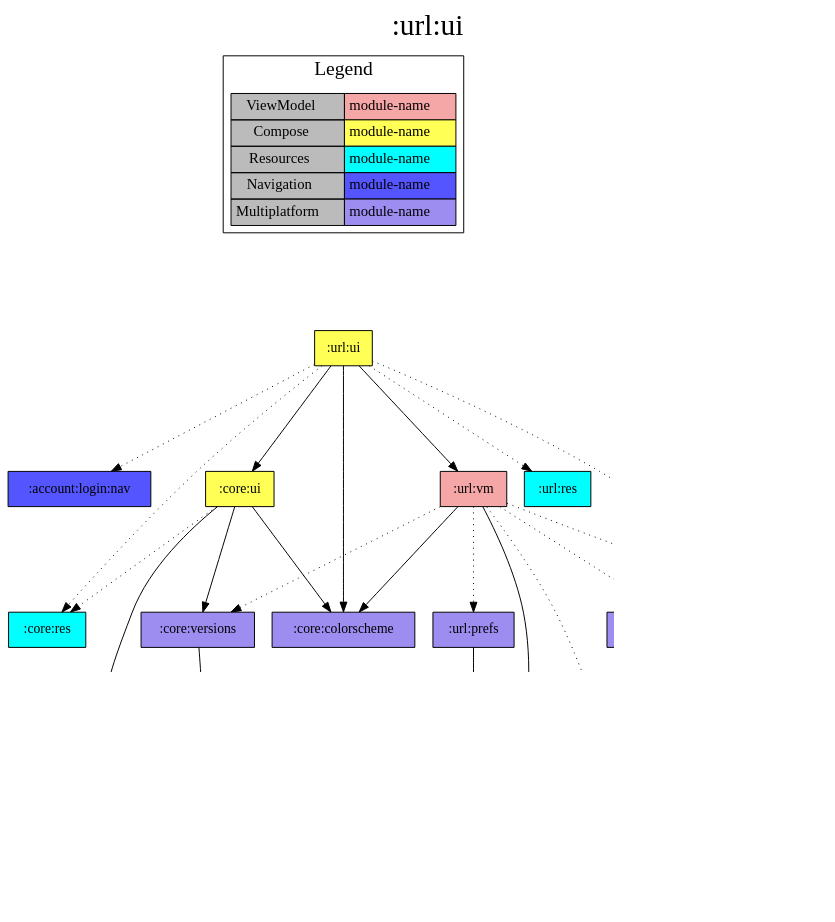
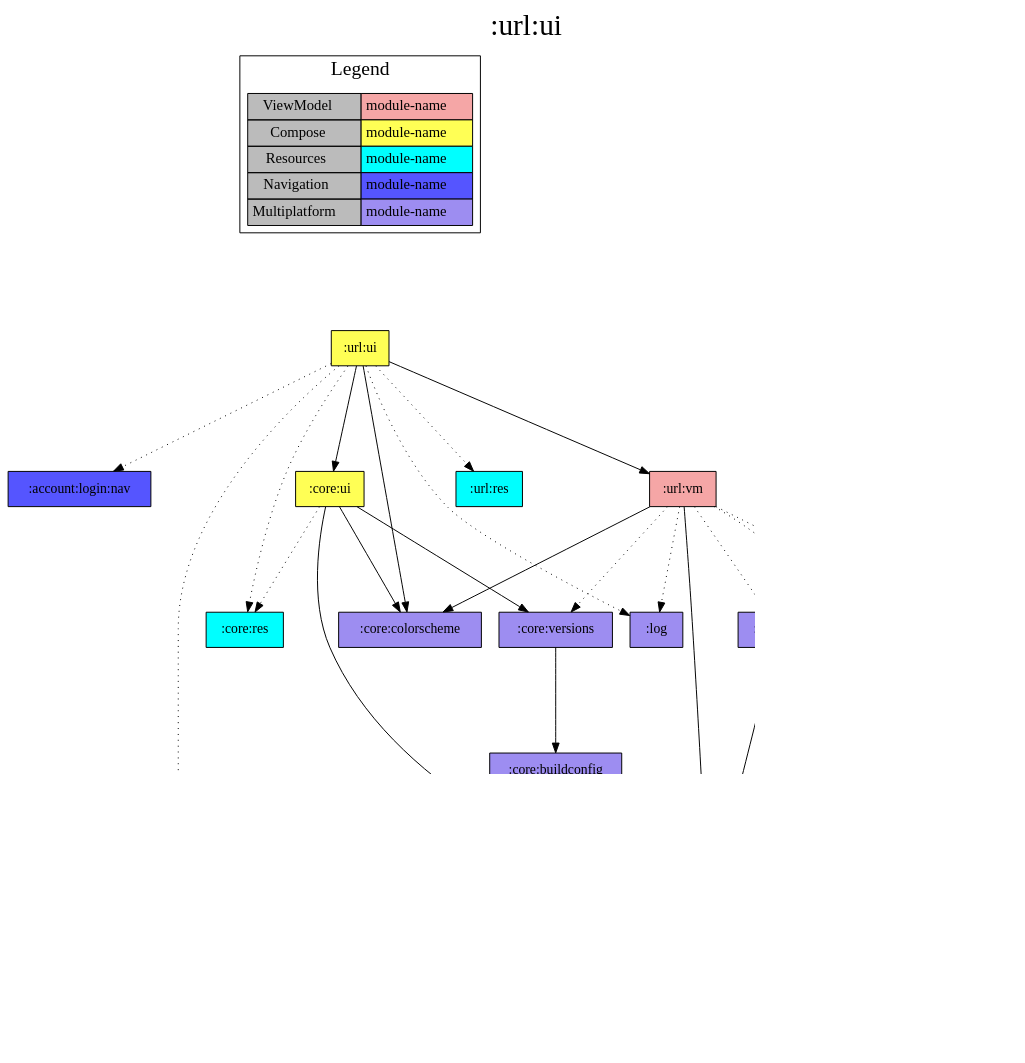
Before and after one commit to jonapoul/aktual: the diagram in modules/url/ui/project-dependency-graph.dot, drawn with Graphviz. The commit also changed 270 other files, not shown here.

```diff
--- a/modules/url/ui/project-dependency-graph.dot
+++ b/modules/url/ui/project-dependency-graph.dot
@@ -1,63 +1,66 @@
 digraph {
 edge ["dir"="forward"]
 graph ["dpi"="100","label"=":url:ui","labelloc"="t","fontsize"="30","ranksep"="1.5","rankdir"="TB"]
 node ["style"="filled"]
 ":account:login:domain" ["fillcolor"="#9D8DF1","shape"="box"]
 ":account:login:nav" ["fillcolor"="#5555FF","shape"="box"]
 ":account:model" ["fillcolor"="#9D8DF1","shape"="box"]
 ":api:actual" ["fillcolor"="#9D8DF1","shape"="box"]
 ":budget:model" ["fillcolor"="#9D8DF1","shape"="box"]
 ":core:buildconfig" ["fillcolor"="#9D8DF1","shape"="box"]
 ":core:colorscheme" ["fillcolor"="#9D8DF1","shape"="box"]
+":core:model" ["fillcolor"="#9D8DF1","shape"="box"]
 ":core:res" ["fillcolor"="#00FFFF","shape"="box"]
 ":core:ui" ["fillcolor"="#FFFF55","shape"="box"]
 ":core:versions" ["fillcolor"="#9D8DF1","shape"="box"]
 ":log" ["fillcolor"="#9D8DF1","shape"="box"]
 ":url:model" ["fillcolor"="#9D8DF1","shape"="box"]
 ":url:prefs" ["fillcolor"="#9D8DF1","shape"="box"]
 ":url:res" ["fillcolor"="#00FFFF","shape"="box"]
 ":url:ui" ["fillcolor"="#FFFF55","shape"="box"]
 ":url:vm" ["fillcolor"="#F5A6A6","shape"="box"]
 {
 edge ["dir"="none"]
 graph ["rank"="same"]
 }
 ":account:login:domain" -> ":account:model"
 ":account:login:domain" -> ":api:actual" ["style"="dotted"]
 ":api:actual" -> ":account:model"
 ":api:actual" -> ":budget:model"
 ":api:actual" -> ":url:model"
 ":core:ui" -> ":core:colorscheme"
 ":core:ui" -> ":core:res" ["style"="dotted"]
 ":core:ui" -> ":core:versions"
 ":core:ui" -> ":url:model"
 ":core:versions" -> ":core:buildconfig"
+":url:model" -> ":core:model" ["style"="dotted"]
 ":url:prefs" -> ":url:model"
 ":url:ui" -> ":account:login:nav" ["style"="dotted"]
 ":url:ui" -> ":core:colorscheme"
+":url:ui" -> ":core:model" ["style"="dotted"]
 ":url:ui" -> ":core:res" ["style"="dotted"]
 ":url:ui" -> ":core:ui"
 ":url:ui" -> ":log" ["style"="dotted"]
 ":url:ui" -> ":url:res" ["style"="dotted"]
 ":url:ui" -> ":url:vm"
 ":url:vm" -> ":account:login:domain" ["style"="dotted"]
 ":url:vm" -> ":api:actual" ["style"="dotted"]
 ":url:vm" -> ":core:colorscheme"
 ":url:vm" -> ":core:versions" ["style"="dotted"]
 ":url:vm" -> ":log" ["style"="dotted"]
 ":url:vm" -> ":url:model"
 ":url:vm" -> ":url:prefs" ["style"="dotted"]
 subgraph "cluster_legend" {
 edge ["dir"="none"]
 graph ["label"="Legend","fontsize"="20"]
 "Legend" ["style"="filled","fillcolor"="#bbbbbb","shape"="none","margin"="0","fontsize"="15","label"=<
 <TABLE BORDER="0" CELLBORDER="1" CELLSPACING="0" CELLPADDING="4">
 <TR><TD>ViewModel</TD><TD BGCOLOR="#F5A6A6">module-name</TD></TR>
 <TR><TD>Compose</TD><TD BGCOLOR="#FFFF55">module-name</TD></TR>
 <TR><TD>Resources</TD><TD BGCOLOR="#00FFFF">module-name</TD></TR>
 <TR><TD>Navigation</TD><TD BGCOLOR="#5555FF">module-name</TD></TR>
 <TR><TD>Multiplatform</TD><TD BGCOLOR="#9D8DF1">module-name</TD></TR>
 </TABLE>
 >]
 } -> ":url:ui" ["style"="invis"]
 }
```
